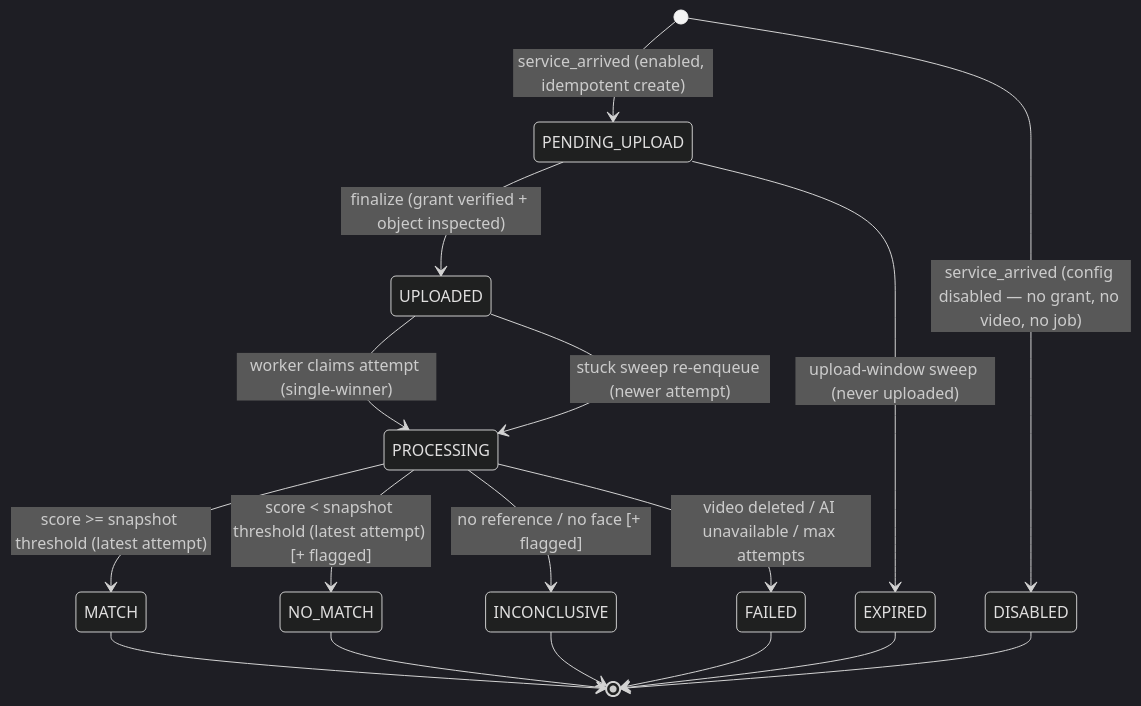
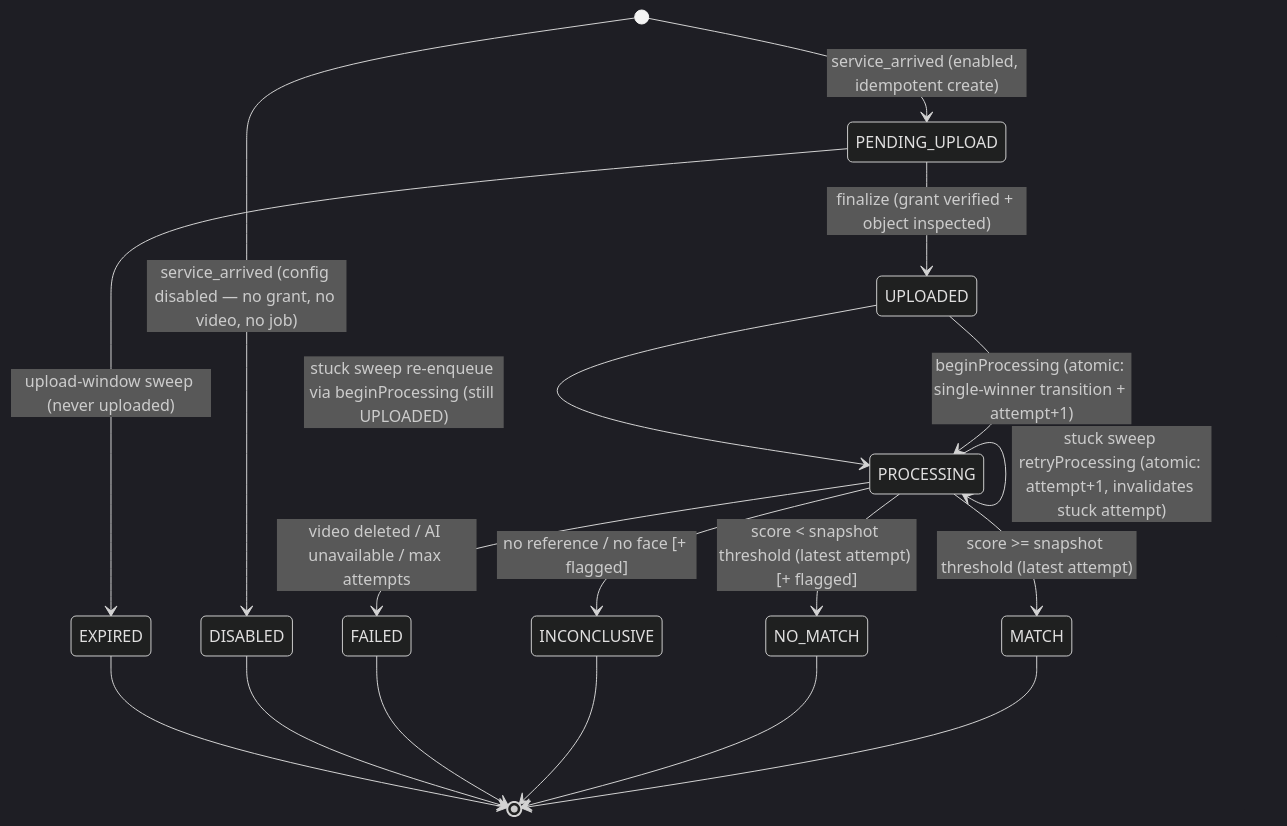
Before and after one commit to Sebastiandg007/bidclean: the second of 3 diagrams in .kiro/specs/video-verification/design.md, drawn with Mermaid (dark theme). The commit also changed other lines of this file and 1 other file, not shown here.

````diff
--- a/.kiro/specs/video-verification/design.md
+++ b/.kiro/specs/video-verification/design.md
@@ -437,19 +440,20 @@
 ```mermaid
 stateDiagram-v2
     [*] --> PENDING_UPLOAD : service_arrived (enabled, idempotent create)
     [*] --> DISABLED : service_arrived (config disabled — no grant, no video, no job)
     PENDING_UPLOAD --> UPLOADED : finalize (grant verified + object inspected)
     PENDING_UPLOAD --> EXPIRED : upload-window sweep (never uploaded)
-    UPLOADED --> PROCESSING : worker claims attempt (single-winner)
+    UPLOADED --> PROCESSING : beginProcessing (atomic: single-winner transition + attempt+1)
     PROCESSING --> MATCH : score >= snapshot threshold (latest attempt)
     PROCESSING --> NO_MATCH : score < snapshot threshold (latest attempt) [+ flagged]
     PROCESSING --> INCONCLUSIVE : no reference / no face [+ flagged]
     PROCESSING --> FAILED : video deleted / AI unavailable / max attempts
-    UPLOADED --> PROCESSING : stuck sweep re-enqueue (newer attempt)
+    UPLOADED --> PROCESSING : stuck sweep re-enqueue via beginProcessing (still UPLOADED)
+    PROCESSING --> PROCESSING : stuck sweep retryProcessing (atomic: attempt+1, invalidates stuck attempt)
     MATCH --> [*]
     NO_MATCH --> [*]
     INCONCLUSIVE --> [*]
     FAILED --> [*]
     DISABLED --> [*]
     EXPIRED --> [*]
 ```
````
